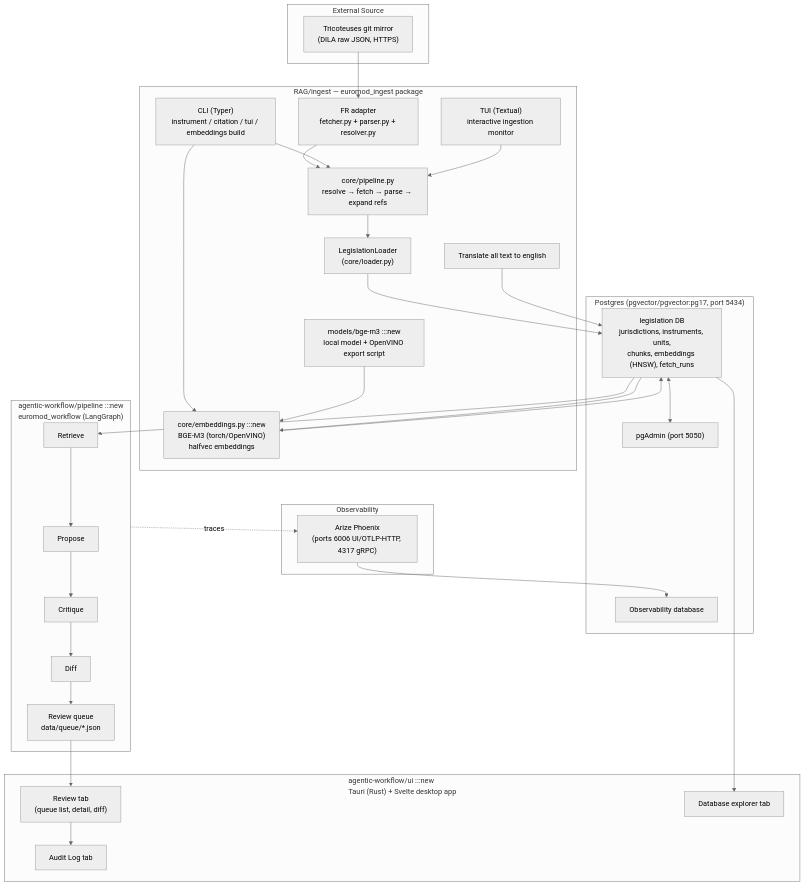
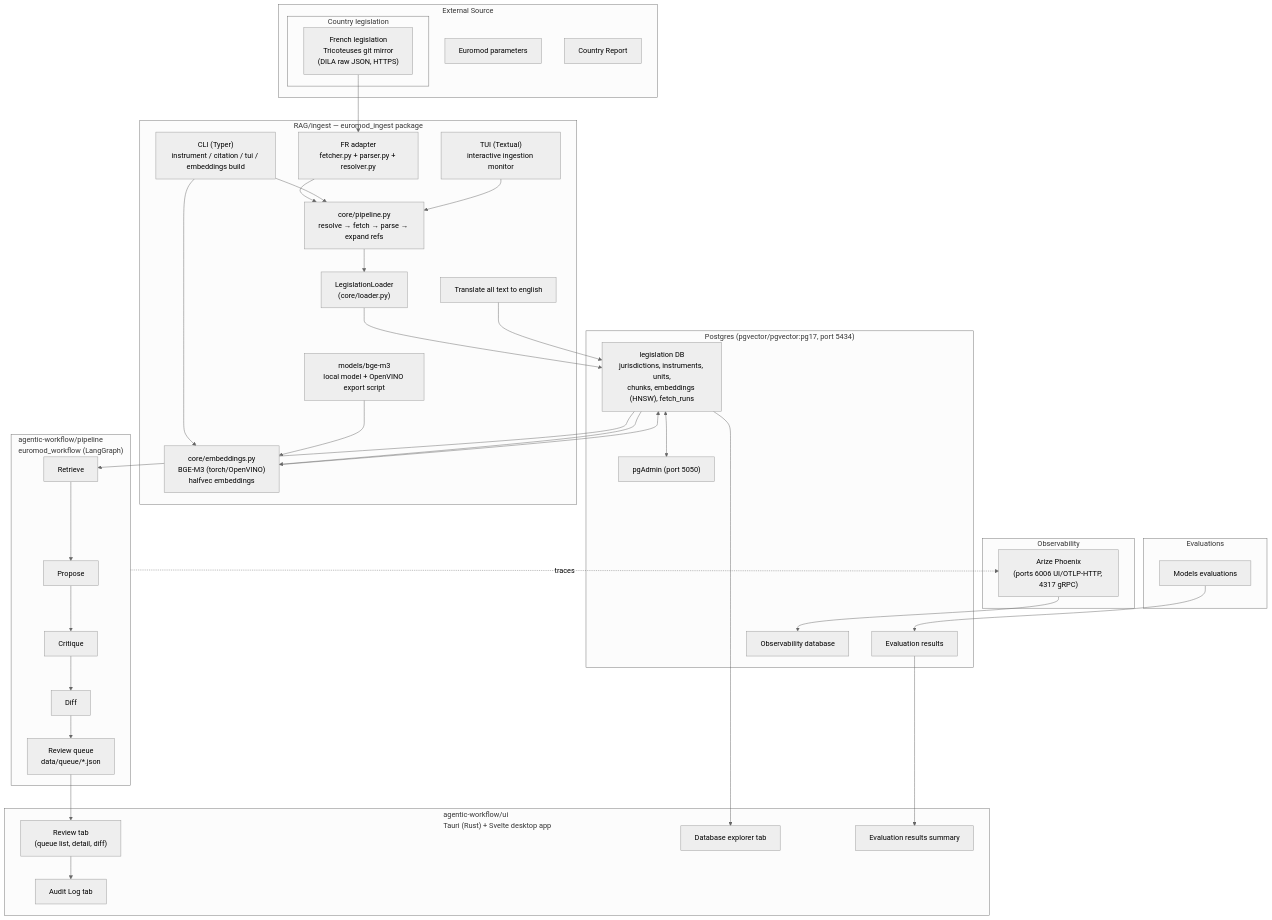
One commit to benoit-cty/euromod changed the diagram in 00_project-overview.md. Above: the diagram before and after it, drawn with Mermaid (neutral theme). The commit also changed 2 other files, not shown here.

````diff
--- a/00_project-overview.md
+++ b/00_project-overview.md
@@ -61,56 +61,67 @@
 ```mermaid
 flowchart TD
     subgraph SRC["External Source"]
-        TRI["Tricoteuses git mirror\n(DILA raw JSON, HTTPS)"]
+        subgraph CL["Country legislation"]
+            TRI["French legislation\nTricoteuses git mirror\n(DILA raw JSON, HTTPS)"]
+        end
+        EUROMOD["Euromod parameters"]
+        CR["Country Report"]
     end
 
     subgraph INGEST["RAG/ingest — euromod_ingest package"]
         CLI["CLI (Typer)\ninstrument / citation / tui / embeddings build"]
         TUI["TUI (Textual)\ninteractive ingestion monitor"]
         FR["FR adapter\nfetcher.py + parser.py + resolver.py"]
         PIPE["core/pipeline.py\nresolve → fetch → parse → expand refs"]
         LOADER["LegislationLoader\n(core/loader.py)"]
-        EMB["core/embeddings.py :::new\nBGE-M3 (torch/OpenVINO)\nhalfvec embeddings"]
-        MODELS["models/bge-m3 :::new\nlocal model + OpenVINO export script"]
+        EMB["core/embeddings.py\nBGE-M3 (torch/OpenVINO)\nhalfvec embeddings"]
+        MODELS["models/bge-m3\nlocal model + OpenVINO export script"]
         TRANSLATE["Translate all text to english"]
     end
 
     subgraph DB["Postgres (pgvector/pgvector:pg17, port 5434)"]
         SCHEMA["legislation DB\njurisdictions, instruments, units,\nchunks, embeddings (HNSW), fetch_runs"]
+        EVAL["Evaluation results"]
         PGADMIN["pgAdmin (port 5050)"]
         PHOENIX["Observability database"]
     end
 
     subgraph OBS["Observability"]
         PHX["Arize Phoenix\n(ports 6006 UI/OTLP-HTTP, 4317 gRPC)"]
     end
+    subgraph EVAL_PIPELINE["Evaluations"]
+        EVAL_SCRIPT["Models evaluations"]
+    end
 
-    subgraph AGENT["agentic-workflow/pipeline :::new\neuromod_workflow (LangGraph)"]
+    subgraph AGENT["agentic-workflow/pipeline\neuromod_workflow (LangGraph)"]
         RET["Retrieve"] --> PROP["Propose"] --> CRIT["Critique"] --> DIFF["Diff"]
         QUEUE["Review queue\ndata/queue/*.json"]
         DIFF --> QUEUE
     end
 
-    subgraph UI["agentic-workflow/ui :::new\nTauri (Rust) + Svelte desktop app"]
+    subgraph UI["agentic-workflow/ui\nTauri (Rust) + Svelte desktop app"]
         REVIEW["Review tab\n(queue list, detail, diff)"]
         AUDIT["Audit Log tab"]
         DBEXPLORE["Database explorer tab"]
+        EVAL_RESULTS["Evaluation results summary"]
     end
 
     TRI --> FR --> PIPE --> LOADER --> SCHEMA
     CLI --> PIPE
     TUI --> PIPE
     CLI --> EMB
     MODELS --> EMB
     SCHEMA --> EMB --> SCHEMA
     SCHEMA <--> PGADMIN
     SCHEMA --> RET
     AGENT -. traces .-> PHX
     QUEUE --> REVIEW
     SCHEMA --> DBEXPLORE
     REVIEW --> AUDIT
     PHX-->PHOENIX
     TRANSLATE-->SCHEMA
+    EVAL-->EVAL_RESULTS
+    EVAL_SCRIPT-->EVAL
 
     classDef new stroke-dasharray: 5 5,stroke:#e08800,color:inherit;
 ```
````
